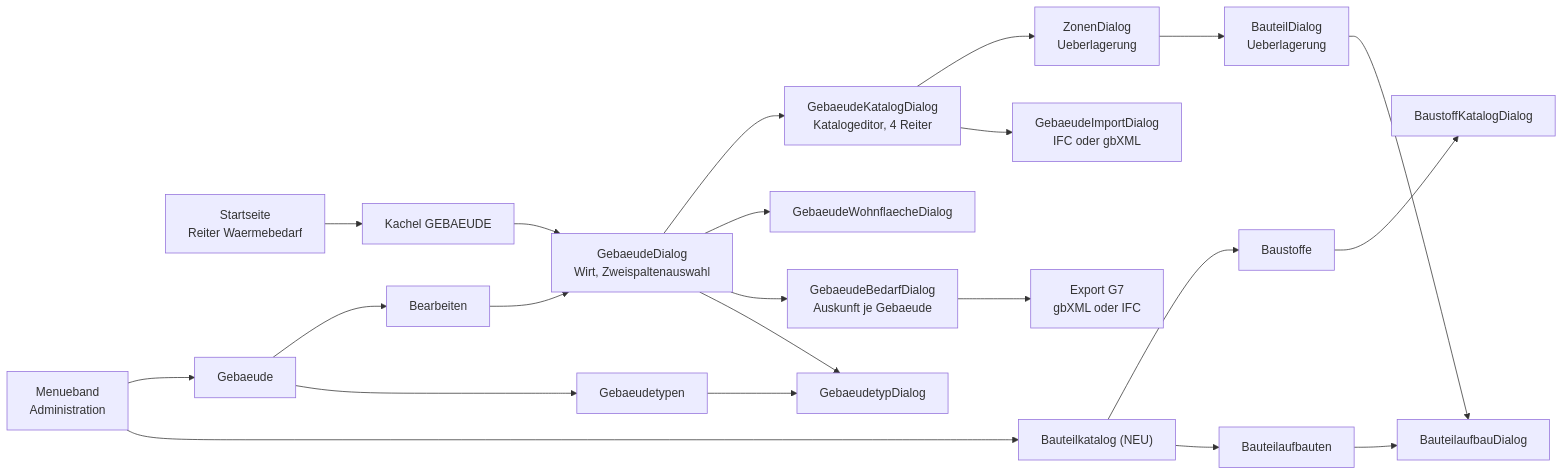
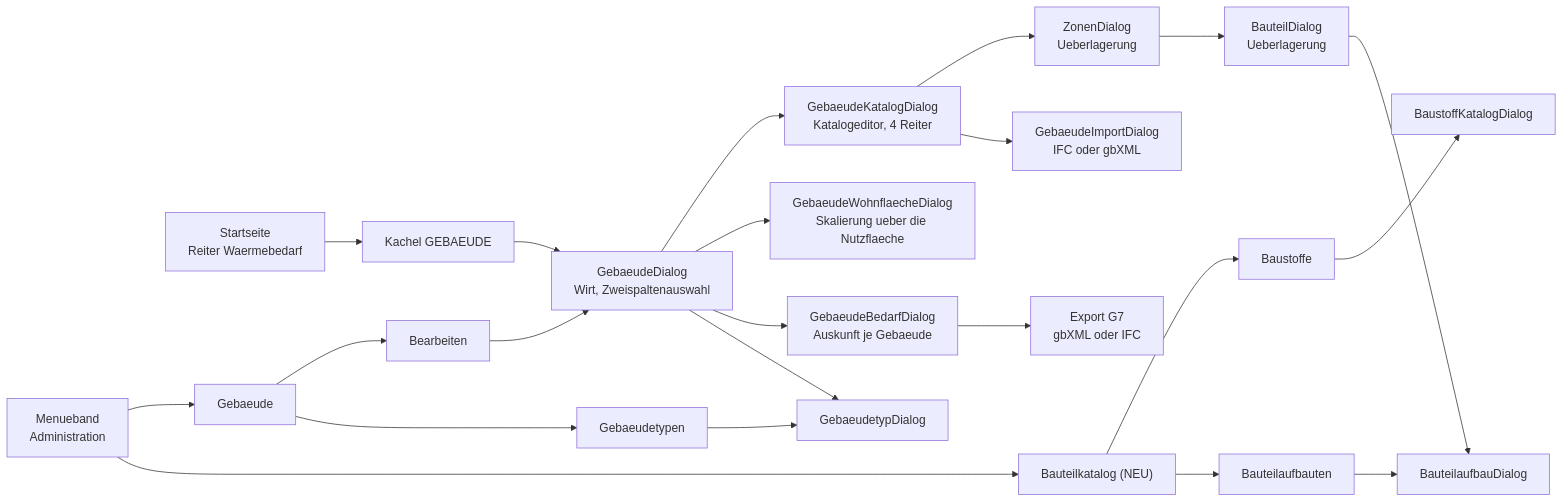
The ninth of 16 diagrams in Dokumentation/aktuell/Softwarearchitektur_Gebaeudesimulation_EPOS-Plan.md (inekon/EPOS-Plan), drawn with Mermaid before and after one commit. The commit also changed other lines of this file and 13 other files, not shown here.

````diff
--- a/Dokumentation/aktuell/Softwarearchitektur_Gebaeudesimulation_EPOS-Plan.md
+++ b/Dokumentation/aktuell/Softwarearchitektur_Gebaeudesimulation_EPOS-Plan.md
@@ -1214,26 +1256,26 @@
 ```mermaid
 flowchart LR
   ST["Startseite<br/>Reiter Waermebedarf"] --> K["Kachel GEBAEUDE"]
   MN["Menueband<br/>Administration"] --> MG["Gebaeude"]
   MN --> MB["Bauteilkatalog (NEU)"]
   MG --> MG1["Bearbeiten"]
   MG --> MG2["Gebaeudetypen"]
   MB --> MB1["Baustoffe"]
   MB --> MB2["Bauteilaufbauten"]
 
   K --> WIRT["GebaeudeDialog<br/>Wirt, Zweispaltenauswahl"]
   MG1 --> WIRT
   MG2 --> GT["GebaeudetypDialog"]
   MB1 --> BST["BaustoffKatalogDialog"]
   MB2 --> BTA["BauteilaufbauDialog"]
 
   WIRT --> ED["GebaeudeKatalogDialog<br/>Katalogeditor, 4 Reiter"]
-  WIRT --> WF["GebaeudeWohnflaecheDialog"]
+  WIRT --> WF["GebaeudeWohnflaecheDialog<br/>Skalierung ueber die Nutzflaeche"]
   WIRT --> BD["GebaeudeBedarfDialog<br/>Auskunft je Gebaeude"]
   WIRT --> GT
   ED --> ZON["ZonenDialog<br/>Ueberlagerung"]
   ZON --> BTL["BauteilDialog<br/>Ueberlagerung"]
   BTL --> BTA
   ED --> IMP["GebaeudeImportDialog<br/>IFC oder gbXML"]
   BD --> EXP["Export G7<br/>gbXML oder IFC"]
 ```
````
